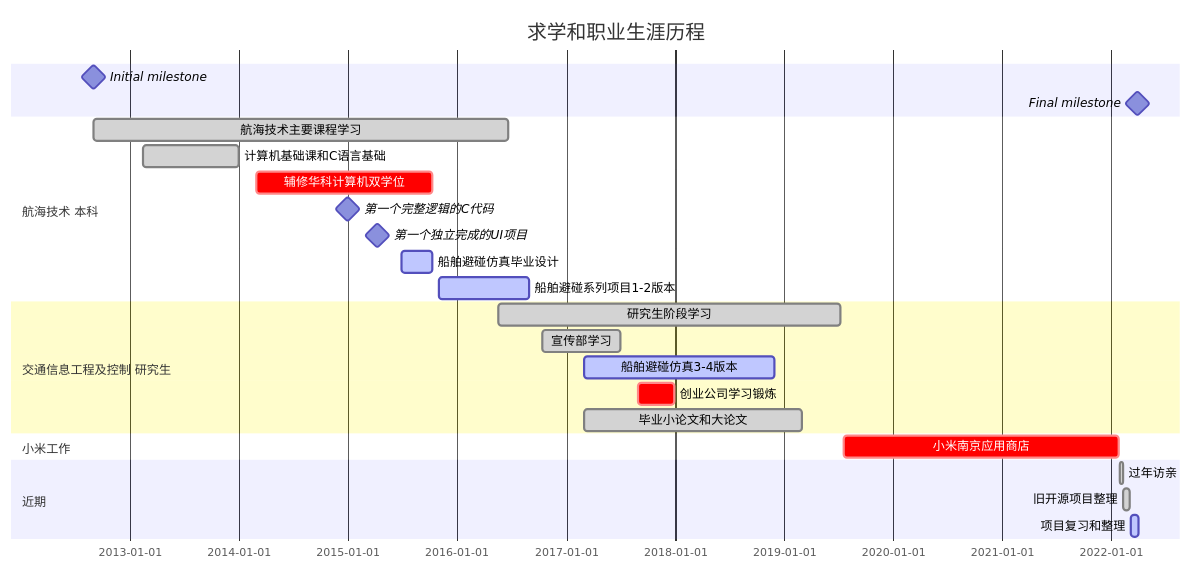
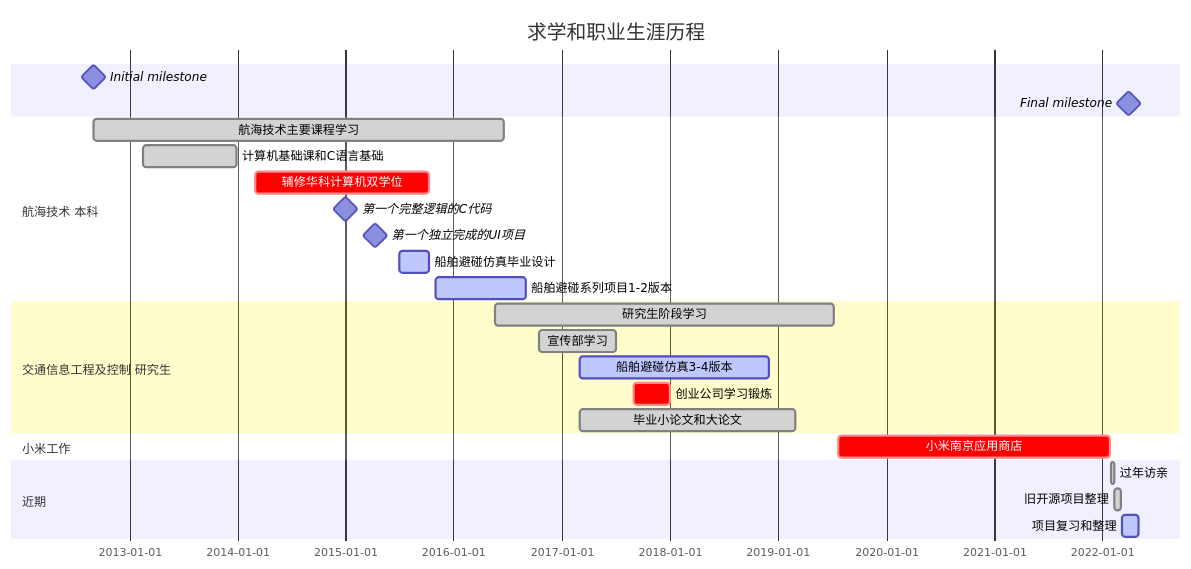
One commit to NAVERON/NAVERON changed the diagram in ResumeForSoftwareEngineer.md. Above: the diagram before and after it, drawn with Mermaid. The commit also changed other lines of this file and 1 other file, not shown here.

````diff
--- a/ResumeForSoftwareEngineer.md
+++ b/ResumeForSoftwareEngineer.md
@@ -12,34 +12,34 @@
 ```mermaid
 gantt
     dateFormat    YYYY-MM-DD
     axisFormat    %Y-%m-%d
     title    求学和职业生涯历程
     %% 里程碑 name : type, 
     Initial milestone : milestone, initial, 2012-09-01, 1min
     Final milestone : milestone, final, 2022-04-01, 1min
 
     section 航海技术 本科
     %% task显示名称 :当前状态 任务名称/taskId 开始时间/任务位置 结束时间/任务位置 
     航海技术主要课程学习 :done, major, 2012-09-01, 2016-06-20 
     计算机基础课和C语言基础 :done, basic, 2013-02-15, 2013-12-30 
     辅修华科计算机双学位 :crit, minor, 2014-03-01, 2015-10-10 
     第一个完整逻辑的C代码 :milestone, firstCmd, 2014-12-30, 1min 
     第一个独立完成的UI项目 :milestone, firstProject, 2015-04-10, 1min 
     船舶避碰仿真毕业设计 :active, codeBegin, 2015-07-01, 2015-10-10 
     船舶避碰系列项目1-2版本 :active, 2015-11-01, 2016-08-30 
     
     section 交通信息工程及控制 研究生
     研究生阶段学习 :done, searchBegin, 2016-05-20, 2019-07-10 
     宣传部学习 :done, psLearning, 2016-10-15, 2017-07-01 
     船舶避碰仿真3-4版本 :active, simulationUpdate, 2017-03-01, 2018-12-01 
     创业公司学习锻炼 :crit, exercitation, 2017-09-01, 2017-12-30 
     毕业小论文和大论文 :done, granduated, 2017-03-01, 2019-03-01 
 
     section 小米工作
     小米南京应用商店 :crit, firstWork, 2019-07-22, 2022-01-27 
 
     section 近期
     过年访亲 :done, home, 2022-01-29, 2022-02-10 
     旧开源项目整理 :done, openSource, 2022-02-10, 2022-03-06 
-    项目复习和整理 :active, forJob, 2022-03-07, 2022-04-03 
+    项目复习和整理 :active, forJob, 2022-03-07, 2022-05-03 
 ```
````
